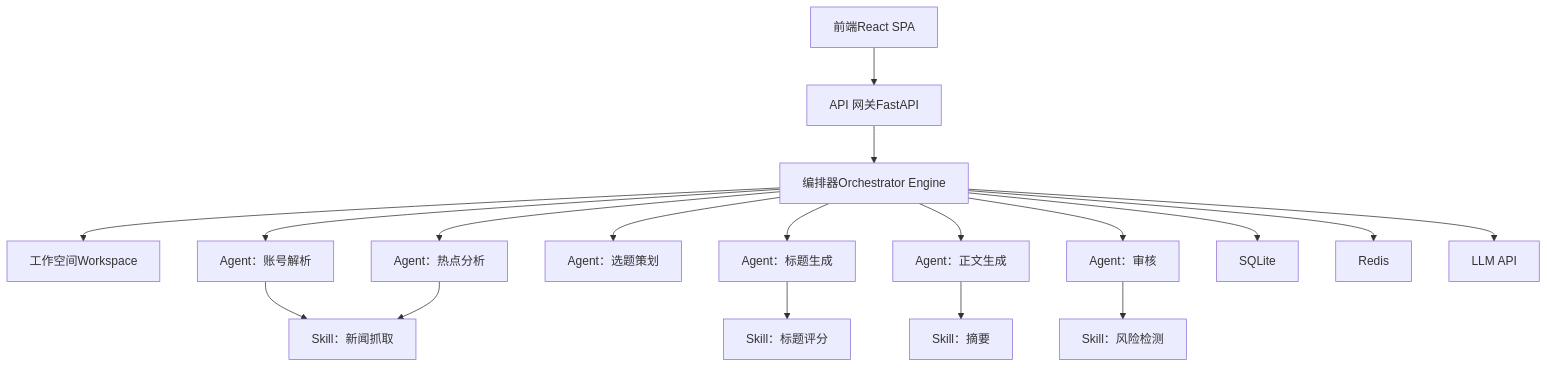
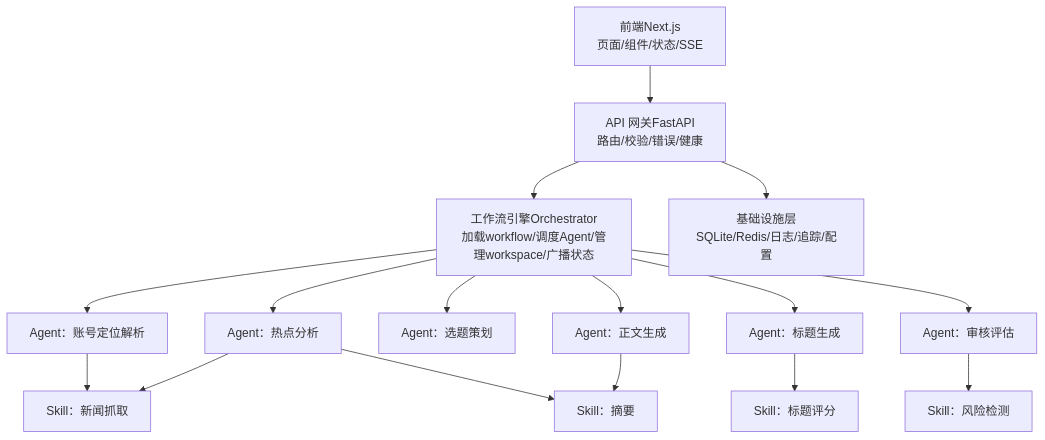
Before and after one commit to sansansansansan2022-web/hotclaw: the second of 6 diagrams in .qoder/repowiki/zh/content/项目概述/项目概述.md, drawn with Mermaid. The commit also changed other lines of this file and 288 other files, not shown here.

````diff
--- a/.qoder/repowiki/zh/content/项目概述/项目概述.md
+++ b/.qoder/repowiki/zh/content/项目概述/项目概述.md
@@ -107,20 +119,18 @@
 ```mermaid
 graph TB
-UI["前端React SPA"] --> GW["API 网关FastAPI"]
-GW --> ORCH["编排器Orchestrator Engine"]
-ORCH --> WS["工作空间Workspace"]
-ORCH --> AG1["Agent：账号解析"]
+FE["前端Next.js<br/>页面/组件/状态/SSE"] --> GW["API 网关FastAPI<br/>路由/校验/错误/健康"]
+GW --> ORCH["工作流引擎Orchestrator<br/>加载workflow/调度Agent/管理workspace/广播状态"]
+ORCH --> AG1["Agent：账号定位解析"]
 ORCH --> AG2["Agent：热点分析"]
 ORCH --> AG3["Agent：选题策划"]
 ORCH --> AG4["Agent：标题生成"]
 ORCH --> AG5["Agent：正文生成"]
-ORCH --> AG6["Agent：审核"]
+ORCH --> AG6["Agent：审核评估"]
 AG1 --> SK1["Skill：新闻抓取"]
 AG2 --> SK1
-AG4 --> SK2["Skill：标题评分"]
-AG5 --> SK3["Skill：摘要"]
+AG2 --> SK2["Skill：摘要"]
+AG4 --> SK3["Skill：标题评分"]
+AG5 --> SK2
 AG6 --> SK4["Skill：风险检测"]
-ORCH --> DB["SQLite"]
-ORCH --> REDIS["Redis"]
-ORCH --> LLM["LLM API"]
+GW --> DB["基础设施层<br/>SQLite/Redis/日志/追踪/配置"]
 ```
````
